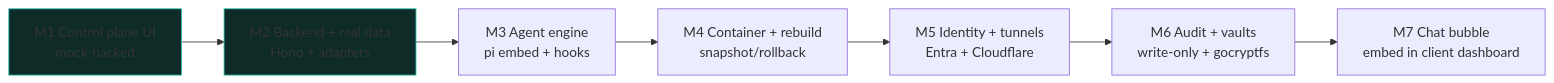
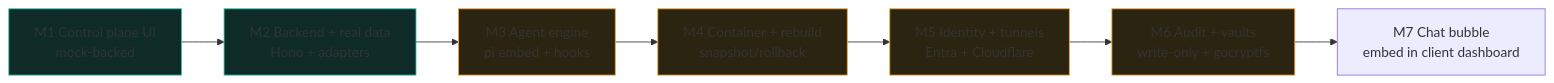
The diagram in docs/reference/prd/PRD-000-product-shape.md (DreamLab-AI/docBox), drawn with Mermaid before and after one commit. The commit also changed other lines of this file, not shown here.

First line of the commit message:
docs: PRD-000 roadmap M3-M6 Planned -> In progress (match built seams)

````diff
--- a/docs/reference/prd/PRD-000-product-shape.md
+++ b/docs/reference/prd/PRD-000-product-shape.md
@@ -31,13 +31,14 @@
 ```mermaid
 flowchart LR
   M1[M1 Control plane UI\nmock-backed] --> M2[M2 Backend + real data\nHono + adapters]
   M2 --> M3[M3 Agent engine\npi embed + hooks]
   M3 --> M4[M4 Container + rebuild\nsnapshot/rollback]
   M4 --> M5[M5 Identity + tunnels\nEntra + Cloudflare]
   M5 --> M6[M6 Audit + vaults\nwrite-only + gocryptfs]
   M6 --> M7[M7 Chat bubble\nembed in client dashboard]
   classDef done fill:#0e2b28,stroke:#33c2b4;
   classDef active fill:#2b2410,stroke:#f0a53a;
   class M1 done;
   class M2 done;
+  class M3,M4,M5,M6 active;
 ```
````
